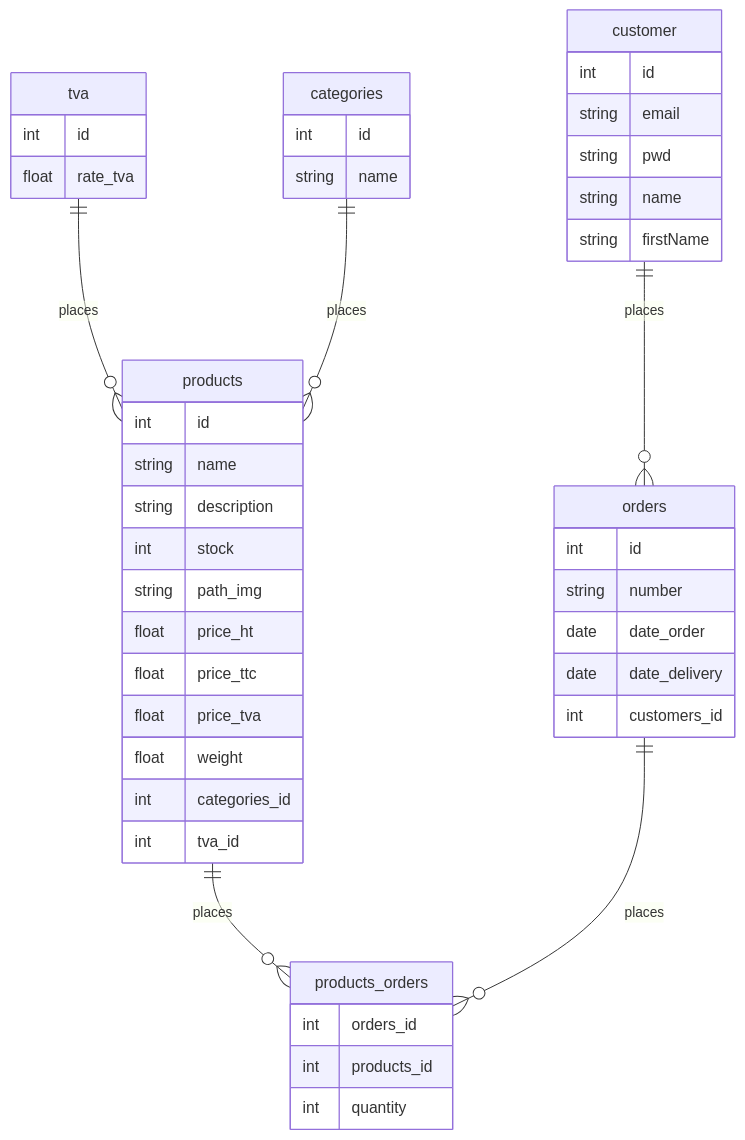
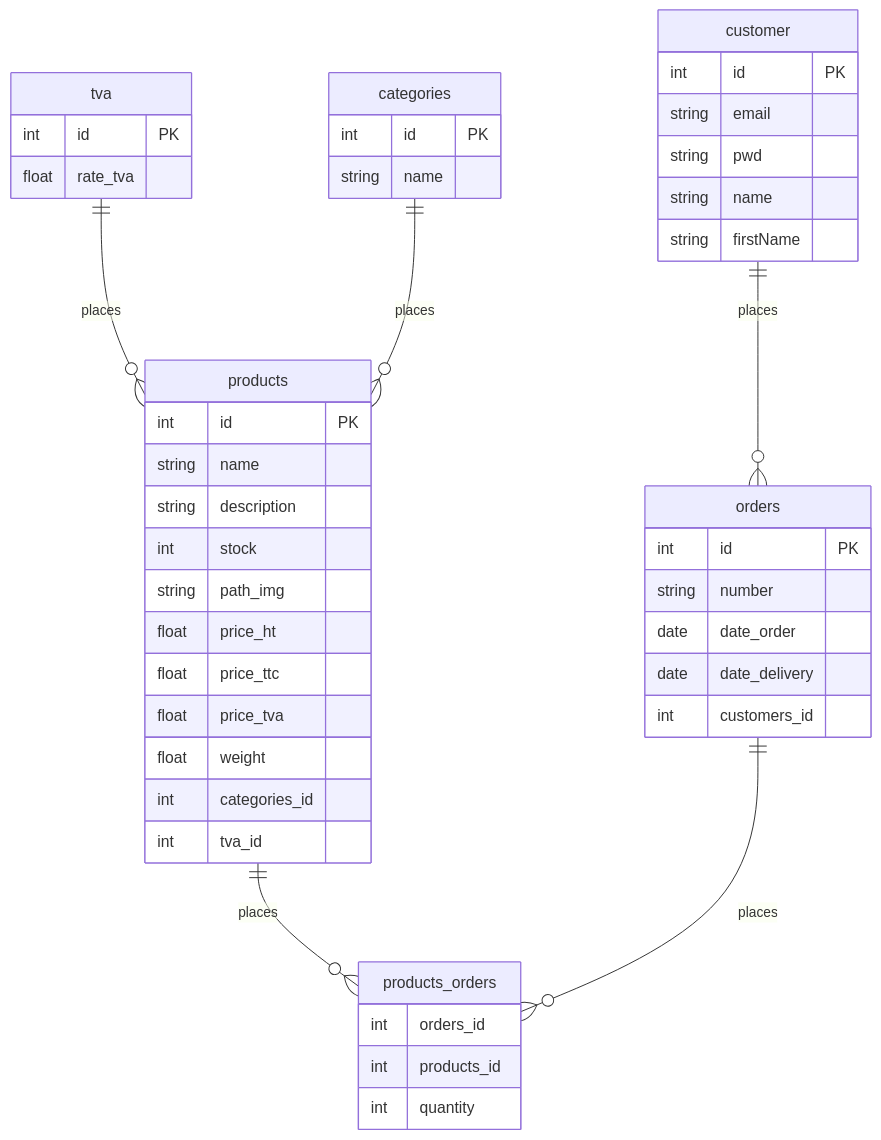
One commit to dumasg/boutique changed the diagram in doc/diagram.md. Above: the diagram before and after it, drawn with Mermaid. The commit also changed 10 other files, not shown here.

````diff
--- a/doc/diagram.md
+++ b/doc/diagram.md
@@ -1,50 +1,50 @@
 ```mermaid
 erDiagram
     customer ||--o{ orders: places
     customer {
-        int id
+        int id PK
         string email
         string pwd
         string name
         string firstName
     }
    
     products ||--o{ products_orders: places
     products {
-        int id
+        int id PK
         string name
         string description
         int stock
         string path_img
         float price_ht
         float price_ttc
         float price_tva
         float weight
         int categories_id
         int tva_id
     }
 
     tva ||--o{ products: places
     tva {
-        int id
+        int id PK
         float rate_tva
     }
     categories ||--o{ products: places
     categories {
-        int id
+        int id PK
         string name
     }
     orders ||--o{ products_orders: places
     orders {
-        int id
+        int id PK
         string number
         date date_order
         date date_delivery
         int customers_id
     }
     products_orders {
         int orders_id
         int products_id
         int quantity
     }
 ```
````
